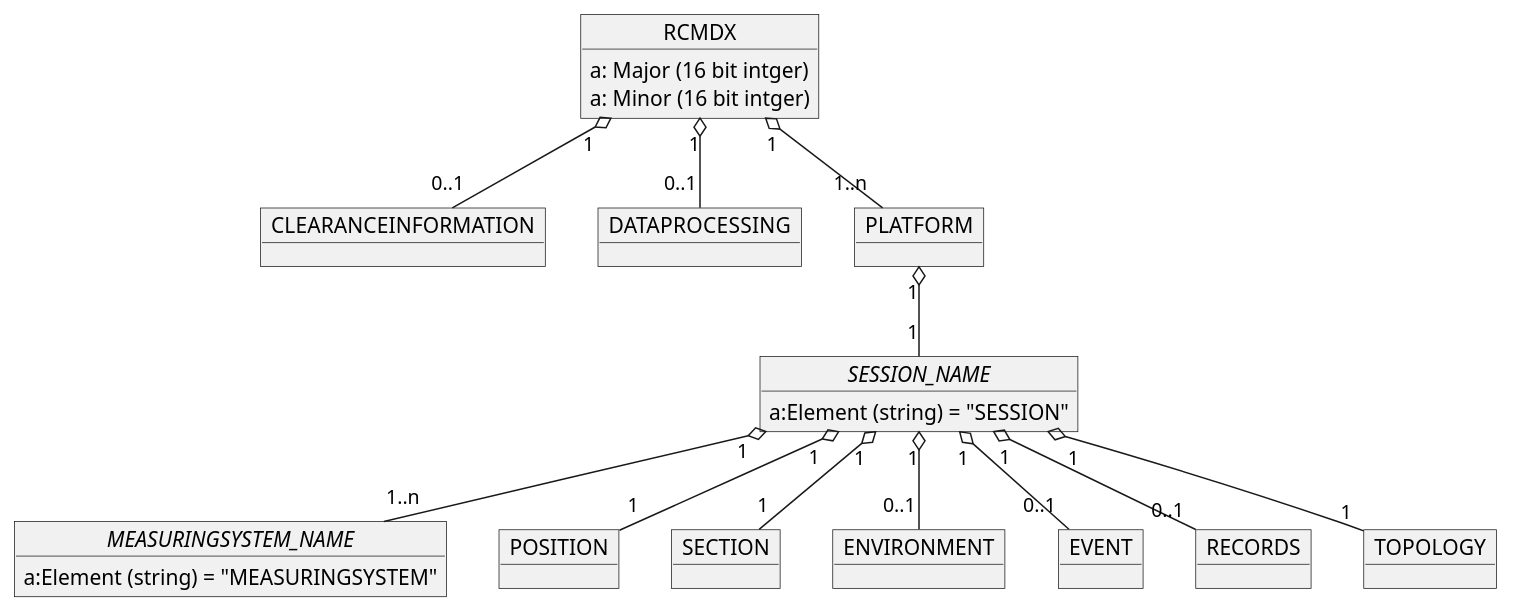
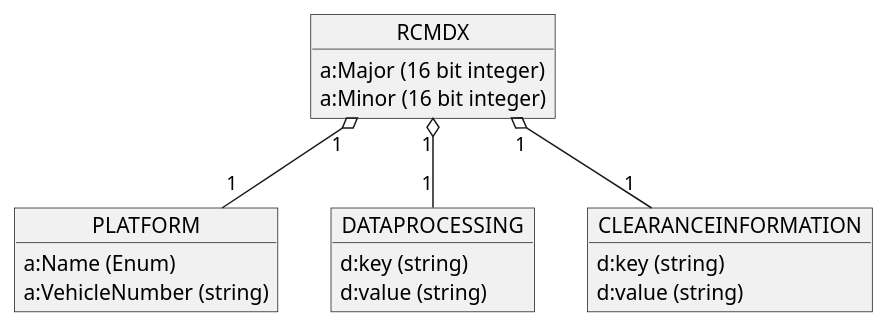
One commit to OpenRailAssociation/rcm-dx changed the second of 12 diagrams in images/RCM-DX_images.puml. Above: the diagram before and after it, drawn with PlantUML. The commit also changed other lines of this file and 22 other files, not shown here.

Commit message:
New Images for group overview and main structure added. Fixed some images and its content.

```diff
--- a/images/RCM-DX_images.puml
+++ b/images/RCM-DX_images.puml
@@ -44,44 +43,27 @@
-@startuml RCM_DX_Structure
+@startuml rcmdx_root_group
 
   object RCMDX {
-    a: Major (16 bit intger)
-    a: Minor (16 bit intger)
+    a:Major (16 bit integer)
+    a:Minor (16 bit integer)
+  }
+  
+  object PLATFORM {
+    a:Name (Enum)
+    a:VehicleNumber (string)
   }
 
-  object "//SESSION_NAME//" as session_name {
-    a:Element (string) = "SESSION"
+  RCMDX "1" o-- "1" PLATFORM
+
+  object DATAPROCESSING {
+    d:key (string)
+    d:value (string)
   }
+  RCMDX "1" o-- "1" DATAPROCESSING
 
-  object "//MEASURINGSYSTEM_NAME//" as measuringsystem_name {
-    a:Element (string) = "MEASURINGSYSTEM"
+  object CLEARANCEINFORMATION {
+    d:key (string)
+    d:value (string)
   }
+  RCMDX "1" o-- "1" CLEARANCEINFORMATION
 
-  object CLEARANCEINFORMATION
-  object DATAPROCESSING
-
-  object PLATFORM
-
-  object POSITION
-  object SECTION
-  
-  object ENVIRONMENT
-
-  object EVENT
-  object RECORDS
-
-  object TOPOLOGY
-
-  RCMDX "1" o-- "1..n" PLATFORM
-  RCMDX "1" o-- "0..1" CLEARANCEINFORMATION
-  RCMDX "1" o-- "0..1" DATAPROCESSING
-  
-  PLATFORM "1" o-- "1" session_name
-  session_name "1" o-- "1" POSITION
-  session_name "1" o-- "0..1" ENVIRONMENT
-  session_name "1" o-- "1..n" measuringsystem_name
-  session_name "1" o-- "0..1" EVENT
-  session_name "1" o-- "0..1" RECORDS
-  session_name "1" o-- "1" TOPOLOGY
-  session_name "1" o-- "1" SECTION
-  
 @enduml
```
